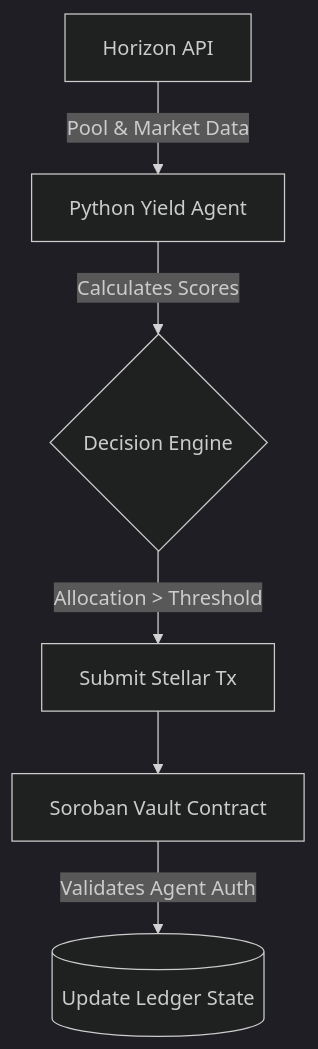
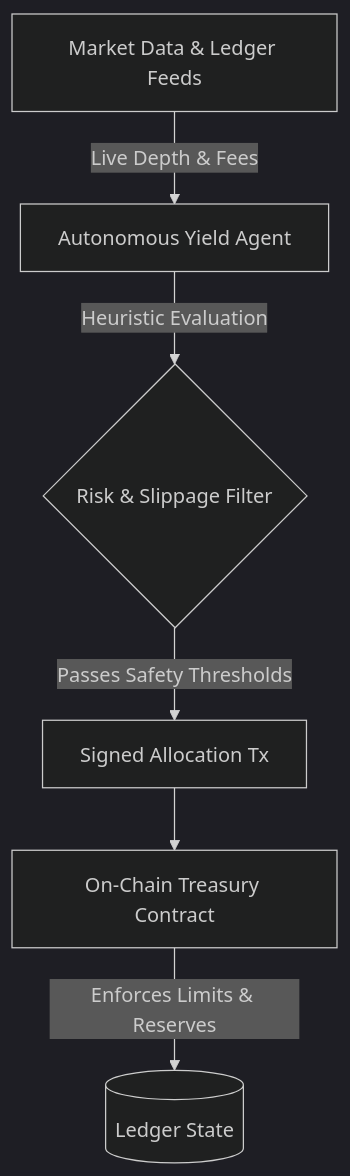
One commit to HaloPaye/halopay-yield-contracts changed the diagram in README.md. Above: the diagram before and after it, drawn with Mermaid (dark theme). The commit also changed other lines of this file, not shown here.

Commit message:
docs(readme): modernize README around treasury vault safety invariants and quantitative agent heuristics (#135)

````diff
--- a/README.md
+++ b/README.md
@@ -37,8 +23,8 @@
 ```mermaid
 graph TD
-  Horizon[Horizon API] -->|Pool & Market Data| Agent[Python Yield Agent]
-  Agent -->|Calculates Scores| Engine{Decision Engine}
-  Engine -- "Allocation > Threshold" --> Submit[Submit Stellar Tx]
-  Submit --> Vault[Soroban Vault Contract]
-  Vault -->|Validates Agent Auth| State[(Update Ledger State)]
+  Feed[Market Data & Ledger Feeds] -->|Live Depth & Fees| Agent[Autonomous Yield Agent]
+  Agent -->|Heuristic Evaluation| Engine{Risk & Slippage Filter}
+  Engine -->|Passes Safety Thresholds| Exec[Signed Allocation Tx]
+  Exec --> Vault[On-Chain Treasury Contract]
+  Vault -->|Enforces Limits & Reserves| State[(Ledger State)]
 ```
````
